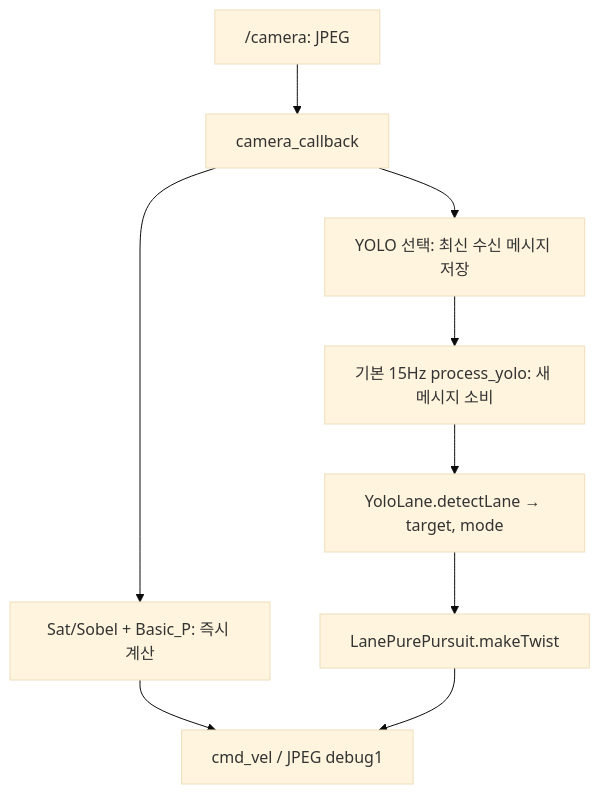
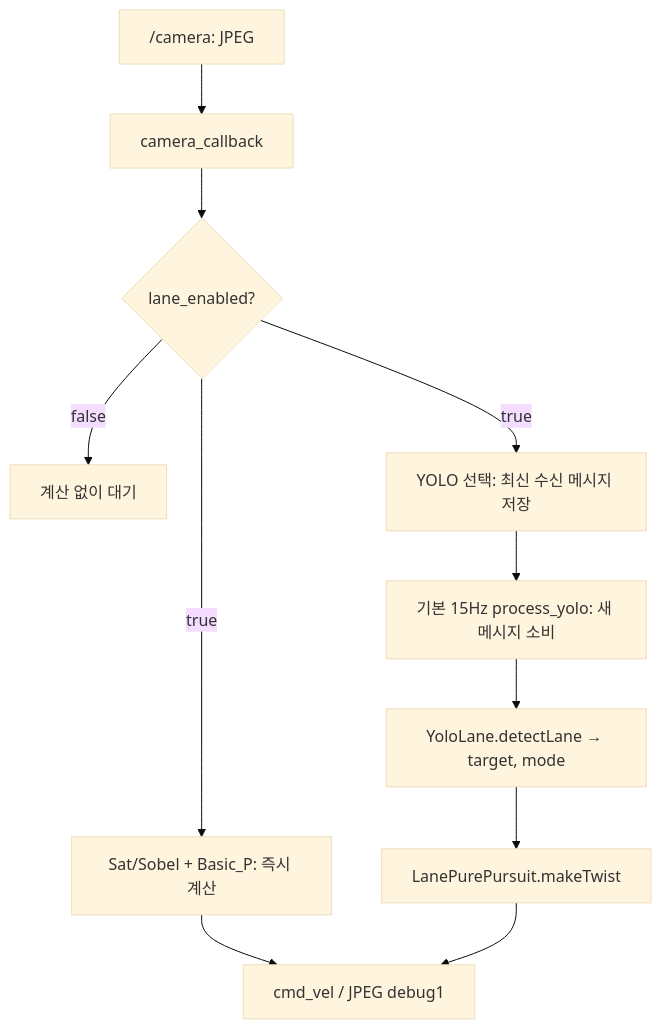
Before and after one commit to turtlebot-autorace-2026/driving: the diagram in README.md, drawn with Mermaid (base theme). The commit also changed other lines of this file and 5 other files, not shown here.

````diff
--- a/README.md
+++ b/README.md
@@ -34,11 +34,13 @@
 ```mermaid
 flowchart TD
     camera["/camera: JPEG"] --> callback["camera_callback"]
-    callback --> basic["Sat/Sobel + Basic_P: 즉시 계산"]
-    callback --> latest["YOLO 선택: 최신 수신 메시지 저장"]
+    callback --> enabled{"lane_enabled?"}
+    enabled -->|false| wait["계산 없이 대기"]
+    enabled -->|true| basic["Sat/Sobel + Basic_P: 즉시 계산"]
+    enabled -->|true| latest["YOLO 선택: 최신 수신 메시지 저장"]
     latest --> timer["기본 15Hz process_yolo: 새 메시지 소비"]
     timer --> detect["YoloLane.detectLane → target, mode"]
     detect --> steer["LanePurePursuit.makeTwist"]
     basic --> output["cmd_vel / JPEG debug1"]
     steer --> output
 ```
````
